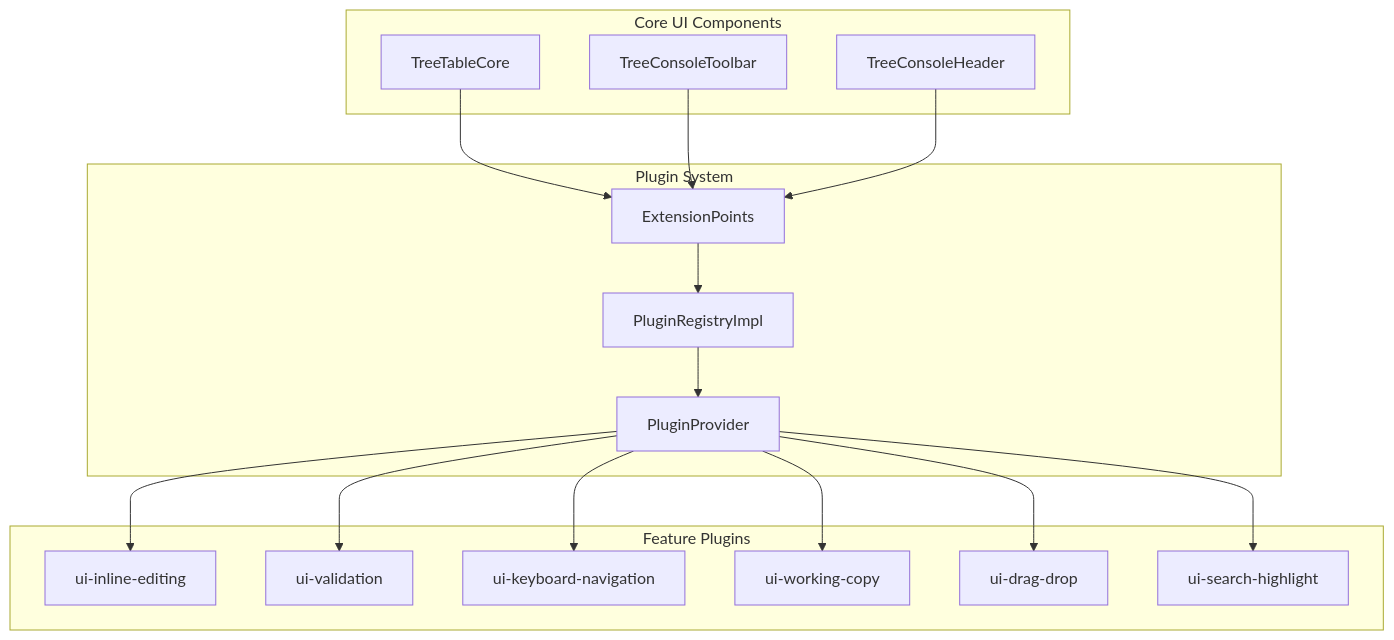
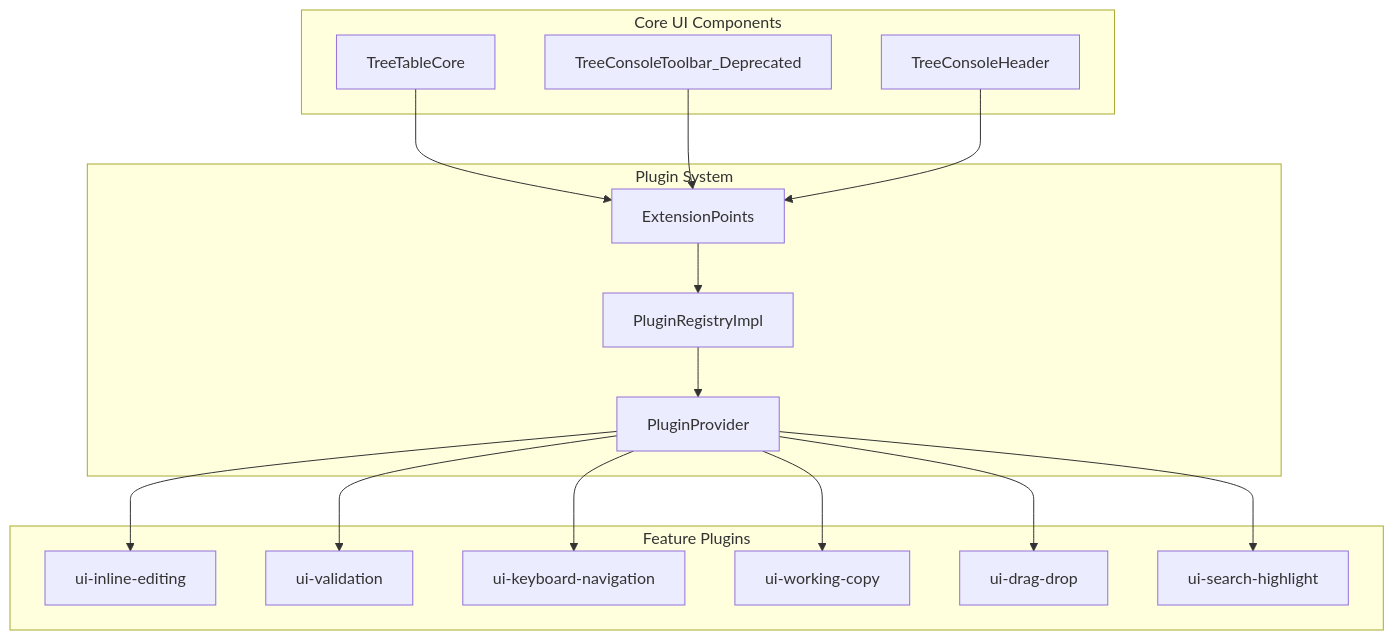
The diagram in docs/deprecated/REPORT/ui-plugin-architecture.md (kubohiroya/hierarchidb), drawn with Mermaid before and after one commit. The commit also changed 329 other files, not shown here.

````diff
--- a/docs/deprecated/REPORT/ui-plugin-architecture.md
+++ b/docs/deprecated/REPORT/ui-plugin-architecture.md
@@ -38,35 +38,35 @@
 ```mermaid
 graph TB
     subgraph "Core UI Components"
         A[TreeTableCore]
-        B[TreeConsoleToolbar]
+        B[TreeConsoleToolbar_Deprecated]
         C[TreeConsoleHeader]
     end
     
     subgraph "Plugin System"
         D[PluginRegistryImpl]
         E[PluginProvider]
         F[ExtensionPoints]
     end
     
     subgraph "Feature Plugins"
         G[ui-inline-editing]
         H[ui-validation]
         I[ui-keyboard-navigation]
         J[ui-working-copy]
         K[ui-drag-drop]
         L[ui-search-highlight]
     end
     
     A --> F
     B --> F
     C --> F
     F --> D
     D --> E
     E --> G
     E --> H
     E --> I
     E --> J
     E --> K
     E --> L
 ```
````
